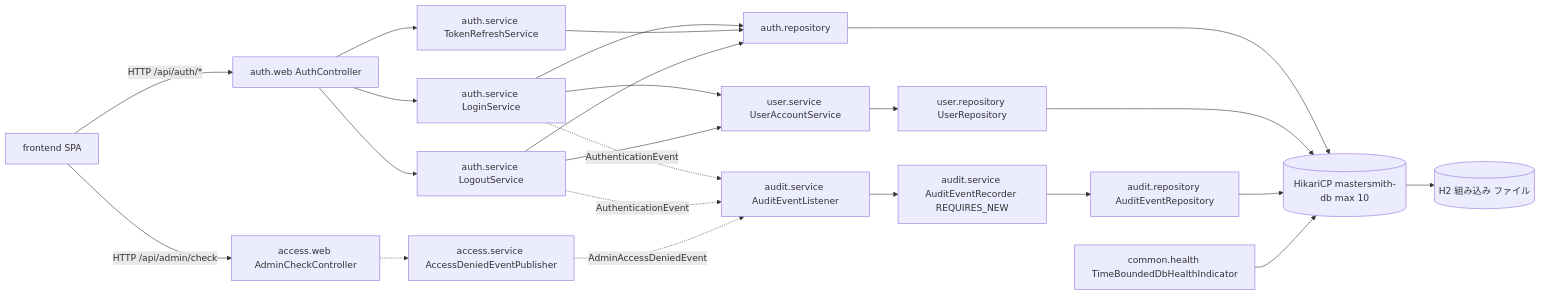
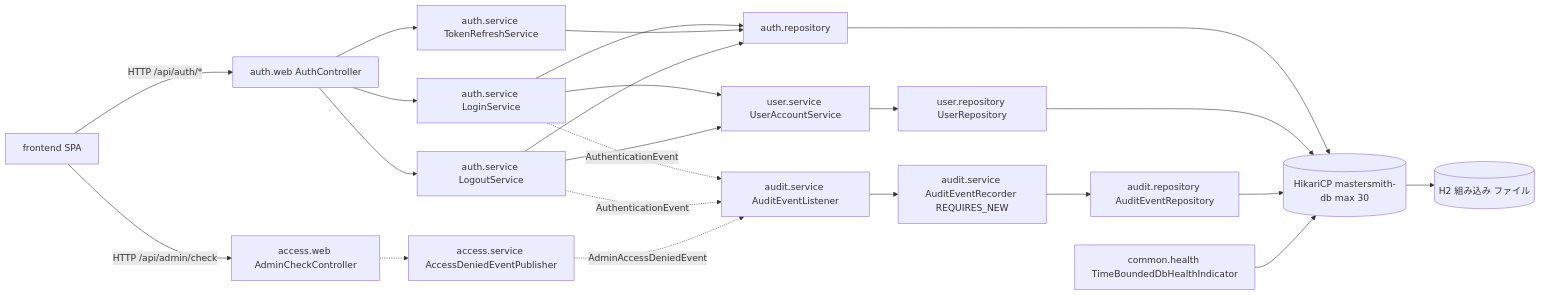
One commit to agwlvssainokuni/mastersmith2 changed the first of 6 diagrams in aidlc/spaces/default/codekb/mastersmith2/architecture.md. Above: the diagram before and after it, drawn with Mermaid. The commit also changed other lines of this file and 14 other files, not shown here.

````diff
--- a/aidlc/spaces/default/codekb/mastersmith2/architecture.md
+++ b/aidlc/spaces/default/codekb/mastersmith2/architecture.md
@@ -18,25 +22,25 @@
 ```mermaid
 flowchart LR
     SPA["frontend SPA"] -->|"HTTP /api/auth/*"| AUTHWEB["auth.web AuthController"]
     SPA -->|"HTTP /api/admin/check"| ACCWEB["access.web AdminCheckController"]
     AUTHWEB --> LOGIN["auth.service LoginService"]
     AUTHWEB --> REFRESH["auth.service TokenRefreshService"]
     AUTHWEB --> LOGOUT["auth.service LogoutService"]
     LOGIN --> USERSVC["user.service UserAccountService"]
     LOGOUT --> USERSVC
     LOGIN --> AUTHREPO["auth.repository"]
     REFRESH --> AUTHREPO
     LOGOUT --> AUTHREPO
     USERSVC --> USERREPO["user.repository UserRepository"]
     ACCWEB -.-> ACCPUB["access.service AccessDeniedEventPublisher"]
     LOGIN -. "AuthenticationEvent" .-> LISTENER["audit.service AuditEventListener"]
     LOGOUT -. "AuthenticationEvent" .-> LISTENER
     ACCPUB -. "AdminAccessDeniedEvent" .-> LISTENER
     LISTENER --> RECORDER["audit.service AuditEventRecorder REQUIRES_NEW"]
     RECORDER --> AUDITREPO["audit.repository AuditEventRepository"]
-    AUTHREPO --> POOL[("HikariCP mastersmith-db max 10")]
+    AUTHREPO --> POOL[("HikariCP mastersmith-db max 30")]
     USERREPO --> POOL
     AUDITREPO --> POOL
     HEALTH["common.health TimeBoundedDbHealthIndicator"] --> POOL
     POOL --> H2[("H2 組み込み ファイル")]
 ```
````
